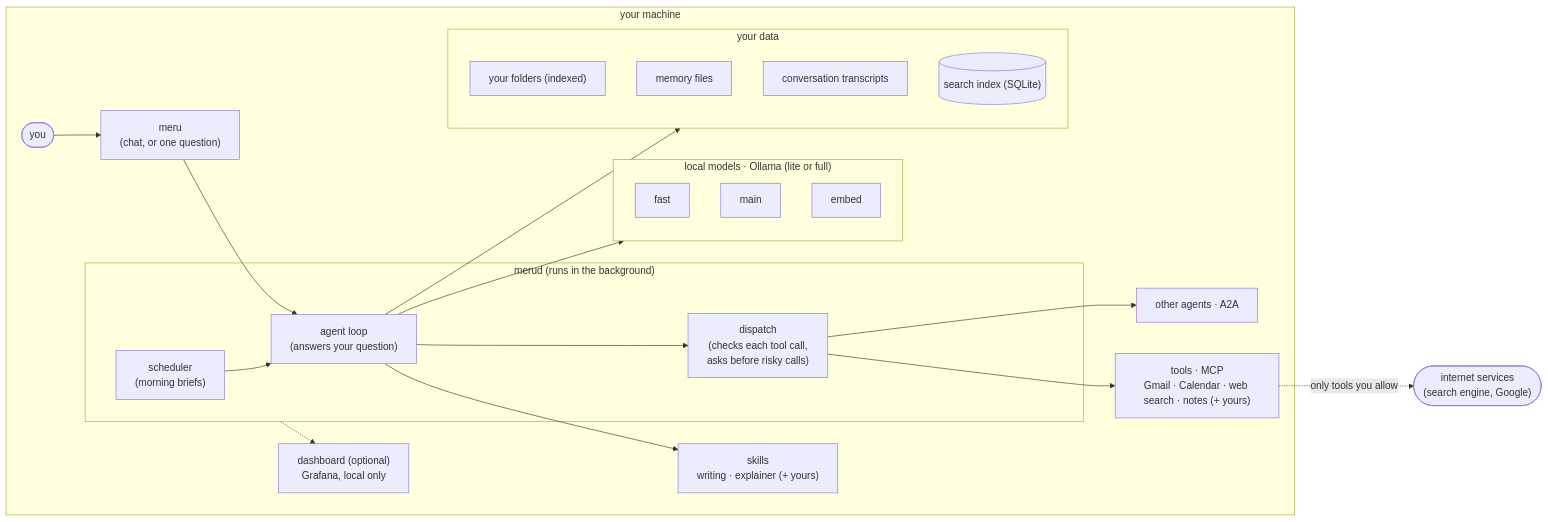
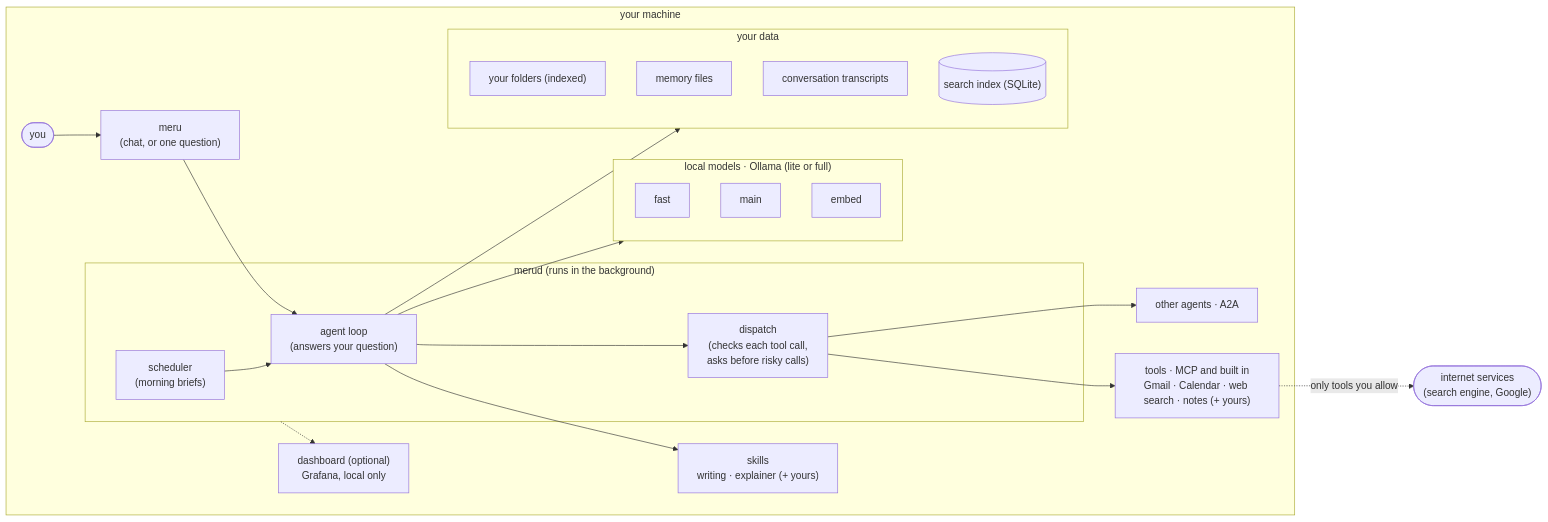
Before and after one commit to aarora79/meru: the first of 2 diagrams in docs/architecture/100.md, drawn with Mermaid. The commit also changed other lines of this file and 6 other files, not shown here.

````diff
--- a/docs/architecture/100.md
+++ b/docs/architecture/100.md
@@ -17,34 +17,34 @@
 ```mermaid
 flowchart LR
     subgraph machine["your machine"]
         YOU(["you"]) --> MERU["meru<br/>(chat, or one question)"]
         subgraph merud["merud (runs in the background)"]
             SCHED["scheduler<br/>(morning briefs)"] --> LOOP["agent loop<br/>(answers your question)"]
             LOOP --> DISP["dispatch<br/>(checks each tool call,<br/>asks before risky calls)"]
         end
         MERU --> LOOP
         subgraph models["local models · Ollama (lite or full)"]
             FAST["fast"]
             MAIN["main"]
             EMBED["embed"]
         end
         subgraph data["your data"]
             FOLDERS["your folders (indexed)"]
             MEM["memory files"]
             TRANS["conversation transcripts"]
             INDEX[("search index (SQLite)")]
         end
         SKILLS["skills<br/>writing · explainer (+ yours)"]
         AGENTS["other agents · A2A"]
-        TOOLS["tools · MCP<br/>Gmail · Calendar · web search · notes (+ yours)"]
+        TOOLS["tools · MCP and built in<br/>Gmail · Calendar · web search · notes (+ yours)"]
         OBS["dashboard (optional)<br/>Grafana, local only"]
         LOOP --> models
         LOOP --> data
         LOOP --> SKILLS
         DISP --> AGENTS
         DISP --> TOOLS
         merud -.-> OBS
     end
     NET(["internet services<br/>(search engine, Google)"])
     TOOLS -.->|only tools you allow| NET
 ```
````
